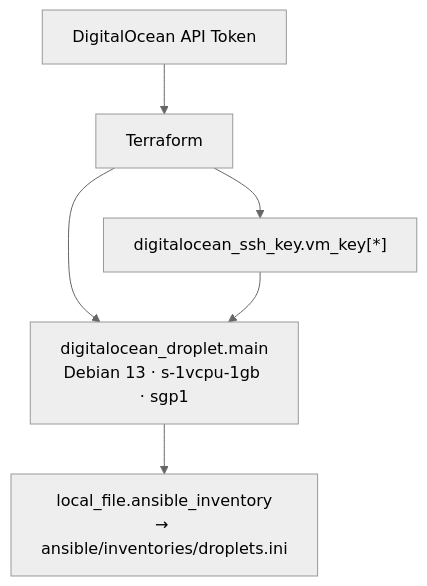
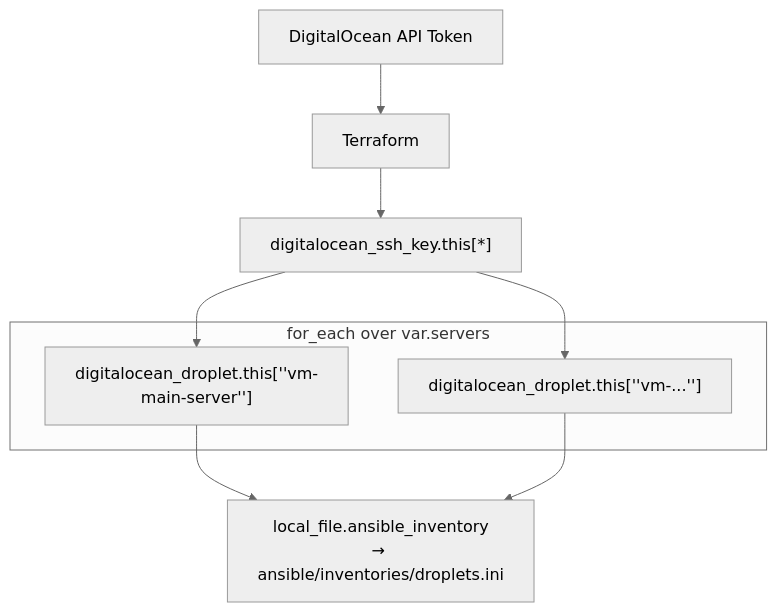
The diagram in README.md (notseekeru/terraform), drawn with Mermaid (neutral theme) before and after one commit. The commit also changed other lines of this file and 5 other files, not shown here.

````diff
--- a/README.md
+++ b/README.md
@@ -25,9 +25,12 @@
 ```mermaid
 graph TD
     A[DigitalOcean API Token] --> B[Terraform]
-    B --> C["digitalocean_droplet.main<br/>Debian 13 · s-1vcpu-1gb · sgp1"]
-    B --> D["digitalocean_ssh_key.vm_key[*]"]
-    C --> E["local_file.ansible_inventory<br/>→ ansible/inventories/droplets.ini"]
-    D --> C
-
+    B --> D["digitalocean_ssh_key.this[*]"]
+    subgraph S["for_each over var.servers"]
+        C1["digitalocean_droplet.this[''vm-main-server'']"]
+        C2["digitalocean_droplet.this[''vm-...'']"]
+    end
+    D --> C1
+    D --> C2
+    C1 & C2 --> E["local_file.ansible_inventory<br/>→ ansible/inventories/droplets.ini"]
 ```
````
